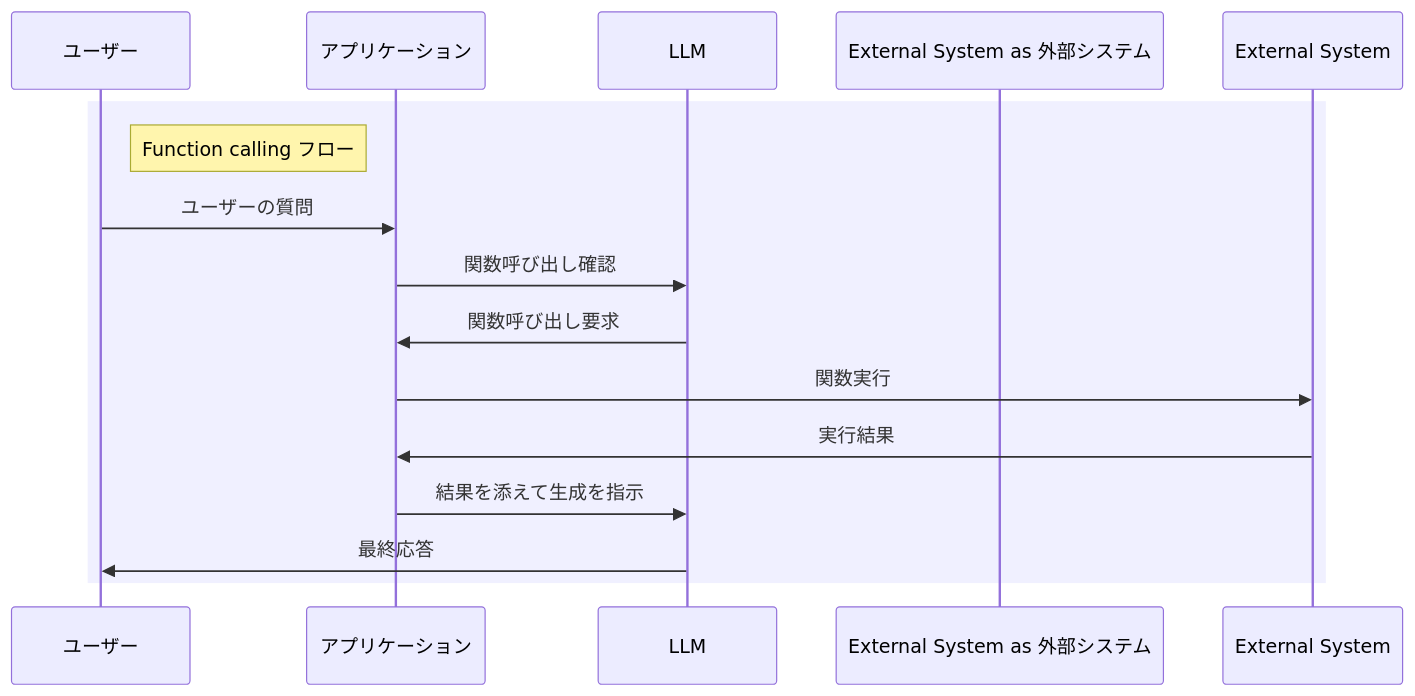
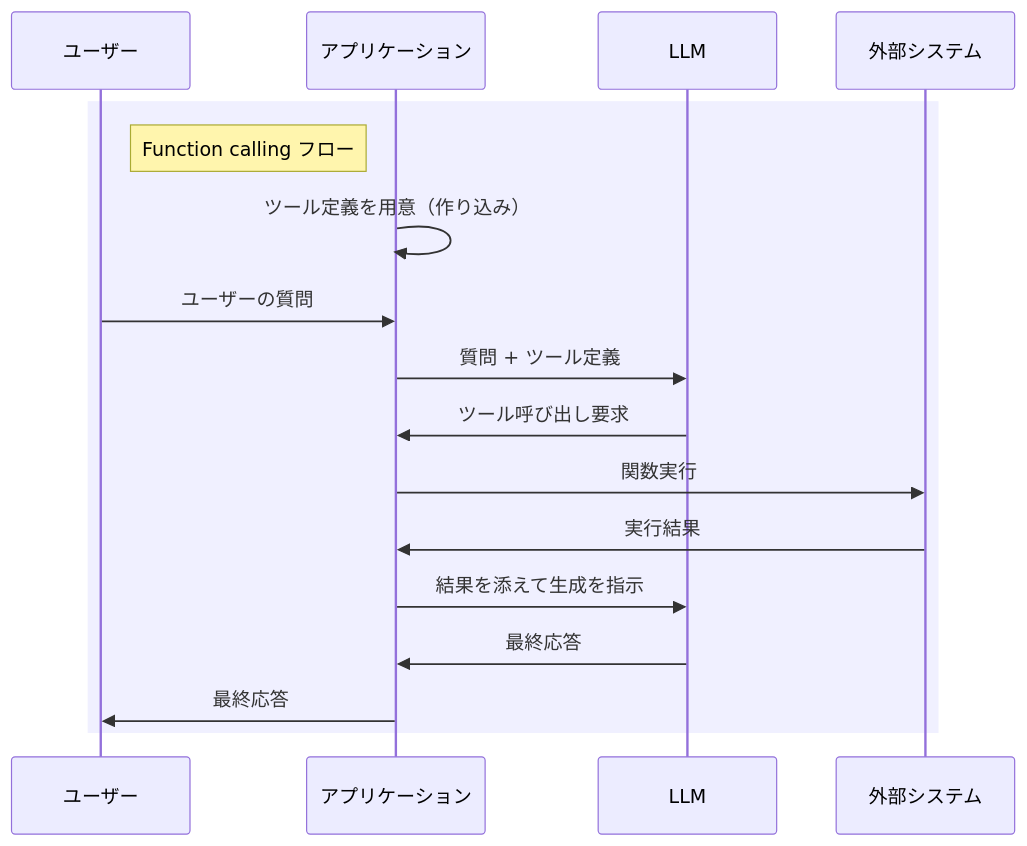
Before and after one commit to 7shi/qiita: the first of 2 diagrams in articles/ai/function-calling-vs-mcp.md, drawn with Mermaid. The commit also changed other lines of this file, not shown here.

````diff
--- a/articles/ai/function-calling-vs-mcp.md
+++ b/articles/ai/function-calling-vs-mcp.md
@@ -33,18 +38,20 @@
 ```mermaid
 sequenceDiagram
     participant User as ユーザー
-    participant Middleware as アプリケーション
+    participant App as アプリケーション
     participant LLM
-    participant External System as 外部システム
-    
+    participant External as 外部システム
+
     rect rgb(240, 240, 255)
     note right of User: Function calling フロー
-    User->>Middleware: ユーザーの質問
-    Middleware->>LLM: 関数呼び出し確認
-    LLM->>Middleware: 関数呼び出し要求
-    Middleware->>External System: 関数実行
-    External System->>Middleware: 実行結果
-    Middleware->>LLM: 結果を添えて生成を指示
-    LLM->>User: 最終応答
+    App->>App: ツール定義を用意（作り込み）
+    User->>App: ユーザーの質問
+    App->>LLM: 質問 + ツール定義
+    LLM->>App: ツール呼び出し要求
+    App->>External: 関数実行
+    External->>App: 実行結果
+    App->>LLM: 結果を添えて生成を指示
+    LLM->>App: 最終応答
+    App->>User: 最終応答
     end
 ```
````
